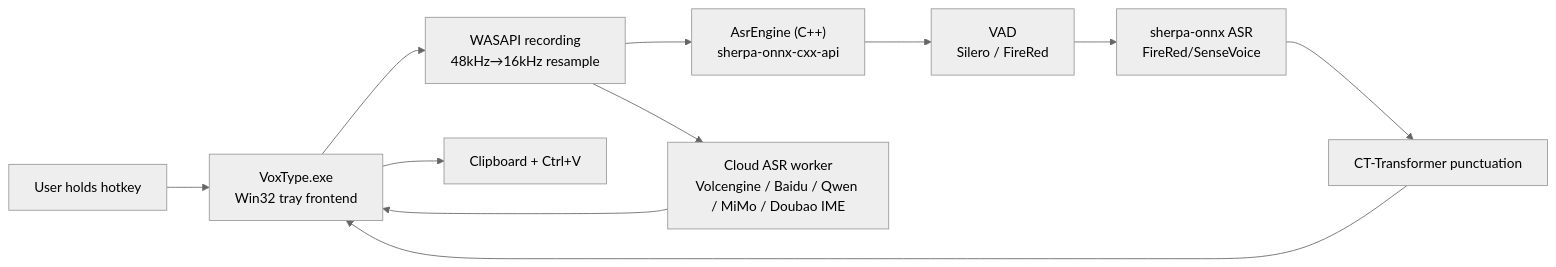
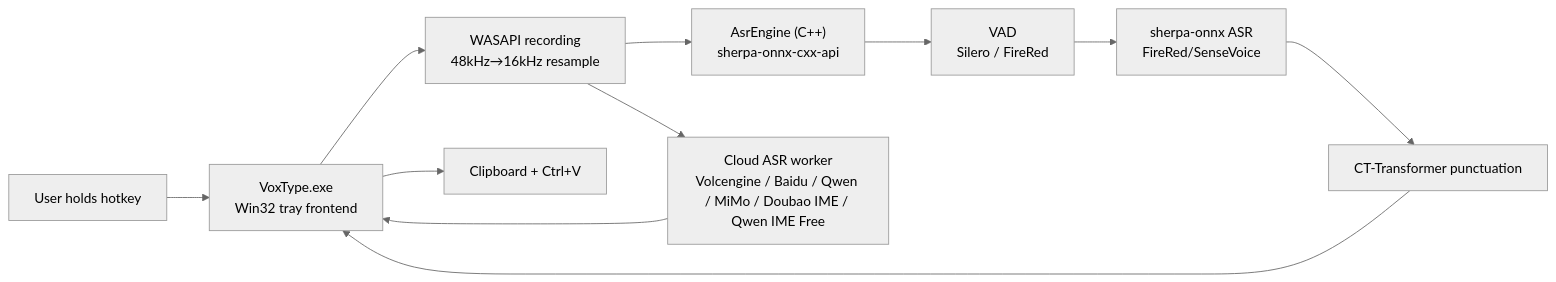
One commit to melody0709/Voice_LLM_ASR_Input changed the first of 2 diagrams in ARCHITECTURE.md. Above: the diagram before and after it, drawn with Mermaid (neutral theme). The commit also changed other lines of this file and 49 other files, not shown here.

First line of the commit message:
release: bump version to 0.9.23, add qwen free backend support

````diff
--- a/ARCHITECTURE.md
+++ b/ARCHITECTURE.md
@@ -9,13 +9,13 @@
 ```mermaid
 flowchart LR
     User["User holds hotkey"] --> Frontend["VoxType.exe<br/>Win32 tray frontend"]
     Frontend --> Recorder["WASAPI recording<br/>48kHz→16kHz resample"]
     Recorder --> Engine["AsrEngine (C++)<br/>sherpa-onnx-cxx-api"]
-    Recorder --> Cloud["Cloud ASR worker<br/>Volcengine / Baidu / Qwen / MiMo / Doubao IME"]
+    Recorder --> Cloud["Cloud ASR worker<br/>Volcengine / Baidu / Qwen / MiMo / Doubao IME / Qwen IME Free"]
     Engine --> VAD["VAD<br/>Silero / FireRed"]
     VAD --> ASR["sherpa-onnx ASR<br/>FireRed/SenseVoice"]
     ASR --> Punct["CT-Transformer punctuation"]
     Punct --> Frontend
     Cloud --> Frontend
     Frontend --> Inject["Clipboard + Ctrl+V"]
 ```
````
